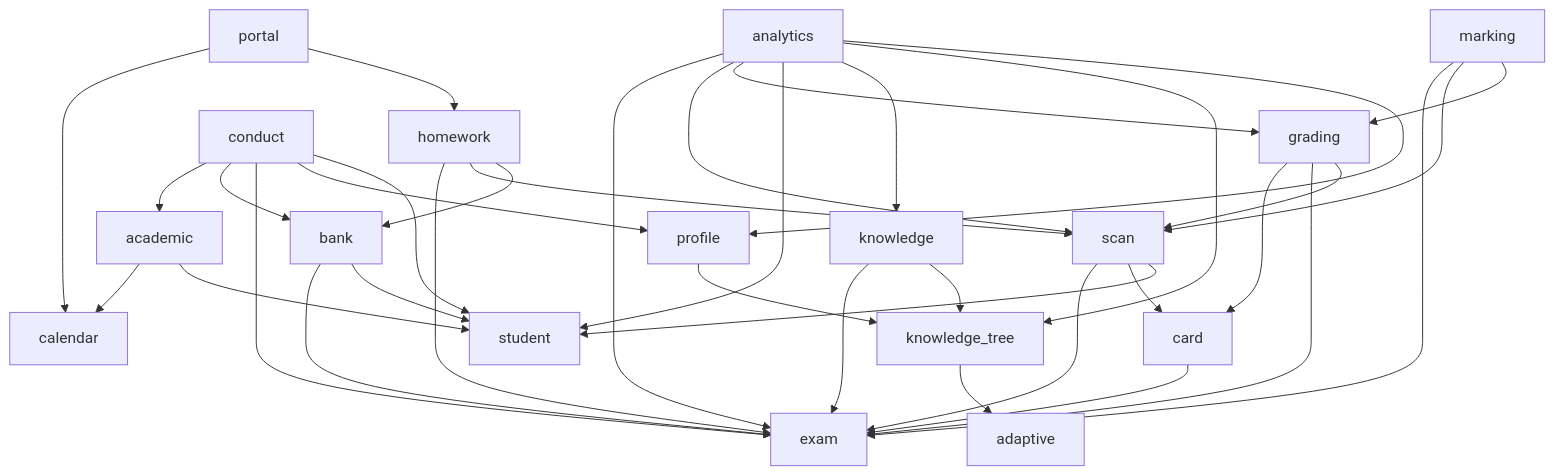
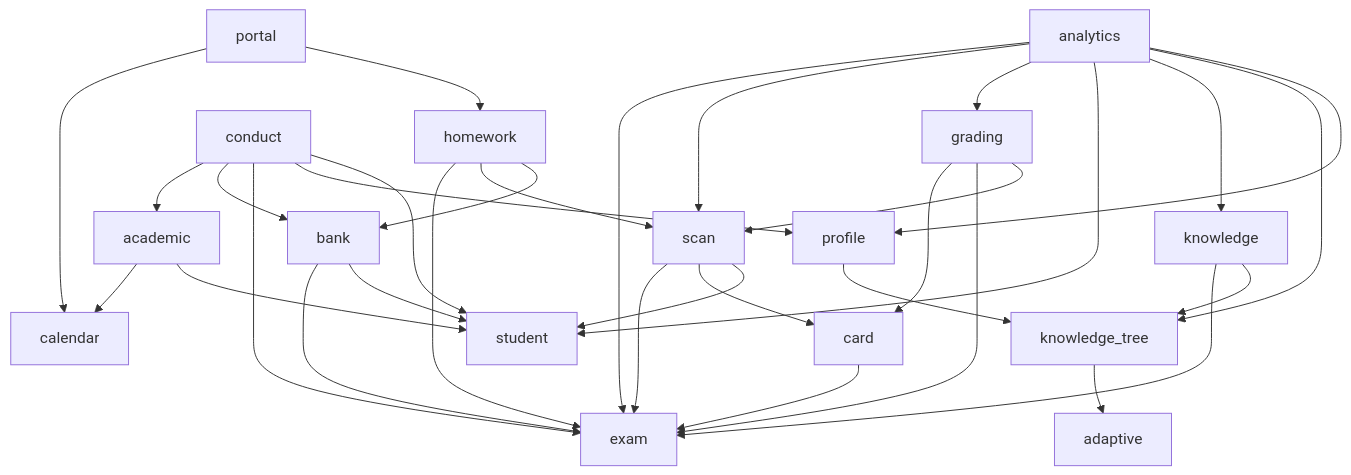
Before and after one commit to juanwan99/edu-cloud: the diagram in docs/governance/dependency-graph.md, drawn with Mermaid. The commit also changed 10 other files, not shown here.

````diff
--- a/docs/governance/dependency-graph.md
+++ b/docs/governance/dependency-graph.md
@@ -5,38 +5,35 @@
 ```mermaid
 flowchart TD
   academic --> calendar
   academic --> student
   analytics --> exam
   analytics --> scan
   analytics --> grading
   analytics --> student
   analytics --> knowledge
   analytics --> knowledge_tree
   analytics --> profile
   bank --> exam
   bank --> student
   card --> exam
   conduct --> academic
   conduct --> bank
   conduct --> exam
   conduct --> profile
   conduct --> student
   grading --> card
   grading --> exam
   grading --> scan
   homework --> exam
   homework --> scan
   homework --> bank
   knowledge --> exam
   knowledge --> knowledge_tree
   knowledge_tree --> adaptive
-  marking --> exam
-  marking --> scan
-  marking --> grading
   portal --> calendar
   portal --> homework
   profile --> knowledge_tree
   scan --> exam
   scan --> card
   scan --> student
 ```
````
